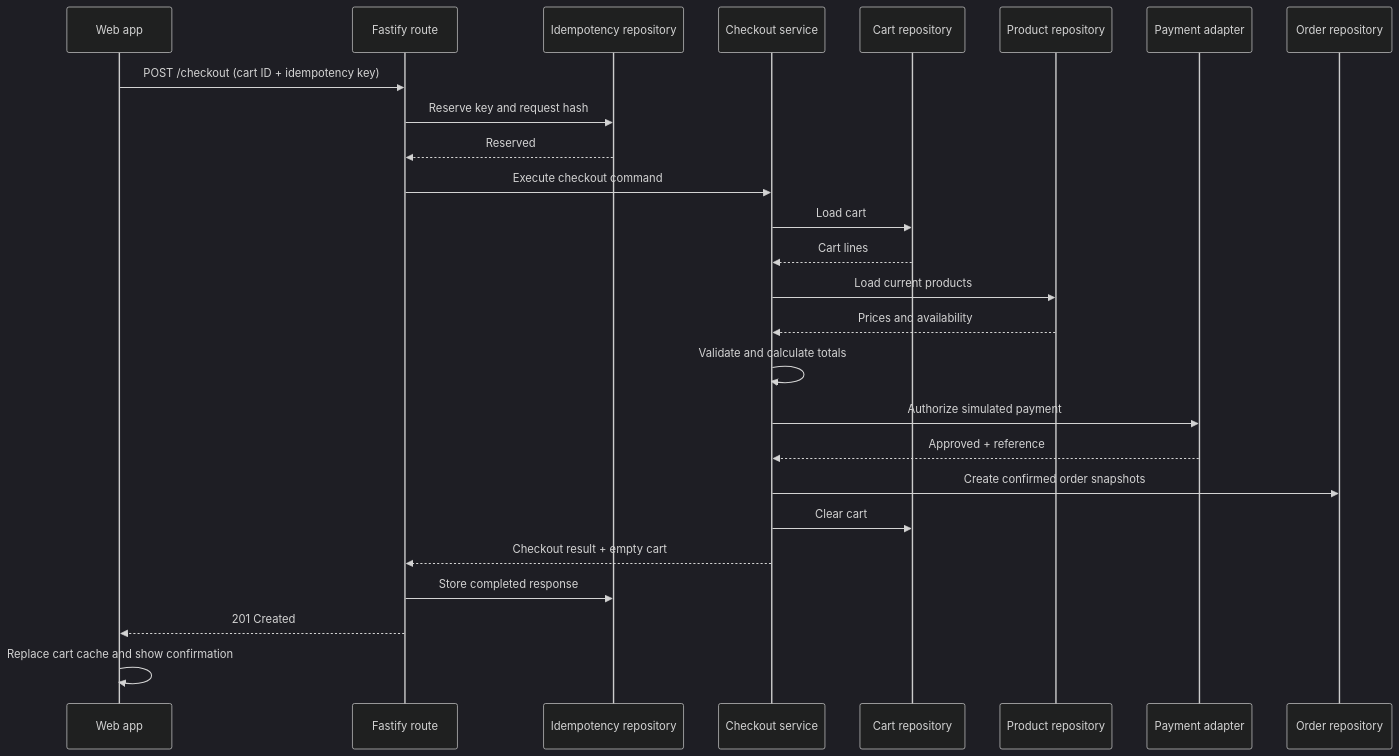
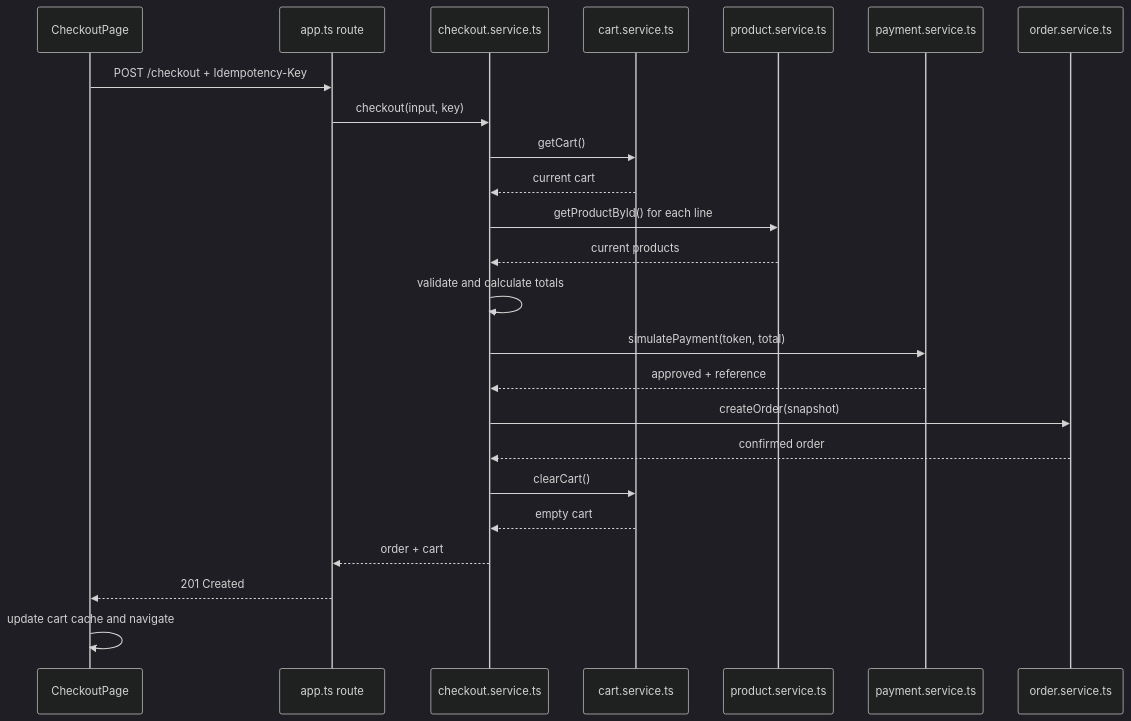
Before and after one commit to ab41j1t4000/product-catalog-fullstack: the second of 2 diagrams in docs/checkouts/checkout-hld.md, drawn with Mermaid (dark theme). The commit also changed other lines of this file and 3 other files, not shown here.

````diff
--- a/docs/checkouts/checkout-hld.md
+++ b/docs/checkouts/checkout-hld.md
@@ -116,29 +143,27 @@
 ```mermaid
 sequenceDiagram
-    participant W as Web app
-    participant R as Fastify route
-    participant I as Idempotency repository
-    participant S as Checkout service
-    participant C as Cart repository
-    participant P as Product repository
-    participant G as Payment adapter
-    participant O as Order repository
+    participant W as CheckoutPage
+    participant R as app.ts route
+    participant S as checkout.service.ts
+    participant C as cart.service.ts
+    participant P as product.service.ts
+    participant M as payment.service.ts
+    participant O as order.service.ts
 
-    W->>R: POST /checkout (cart ID + idempotency key)
-    R->>I: Reserve key and request hash
-    I-->>R: Reserved
-    R->>S: Execute checkout command
-    S->>C: Load cart
-    C-->>S: Cart lines
-    S->>P: Load current products
-    P-->>S: Prices and availability
-    S->>S: Validate and calculate totals
-    S->>G: Authorize simulated payment
-    G-->>S: Approved + reference
-    S->>O: Create confirmed order snapshots
-    S->>C: Clear cart
-    S-->>R: Checkout result + empty cart
-    R->>I: Store completed response
+    W->>R: POST /checkout + Idempotency-Key
+    R->>S: checkout(input, key)
+    S->>C: getCart()
+    C-->>S: current cart
+    S->>P: getProductById() for each line
+    P-->>S: current products
+    S->>S: validate and calculate totals
+    S->>M: simulatePayment(token, total)
+    M-->>S: approved + reference
+    S->>O: createOrder(snapshot)
+    O-->>S: confirmed order
+    S->>C: clearCart()
+    C-->>S: empty cart
+    S-->>R: order + cart
     R-->>W: 201 Created
-    W->>W: Replace cart cache and show confirmation
+    W->>W: update cart cache and navigate
 ```
````
